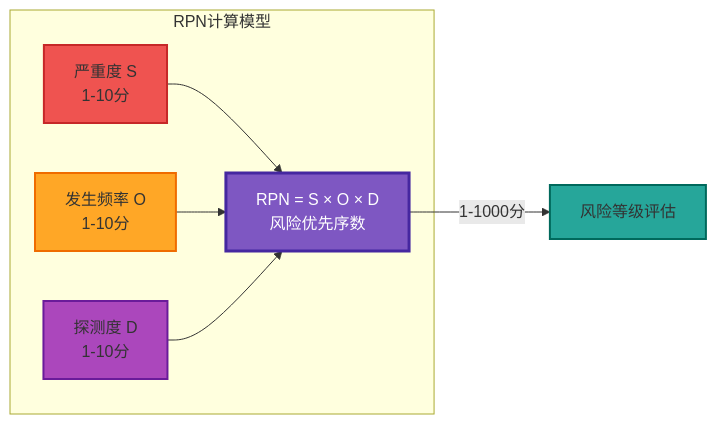
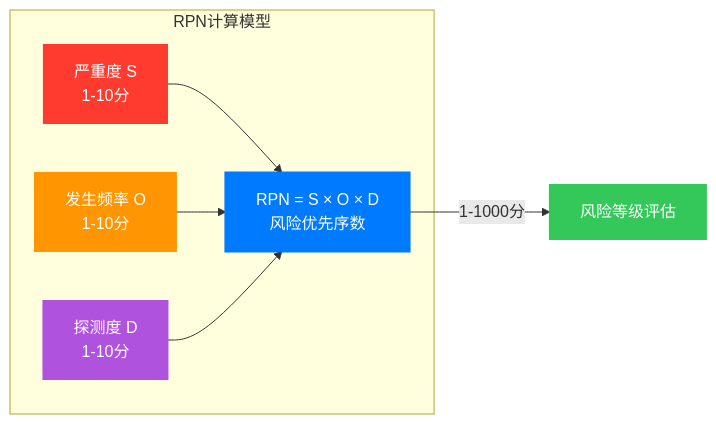
One commit to s-ai-unix/blog changed the first of 13 diagrams in content/posts/2026-01-16-automotive-risk-analysis-overview.md. Above: the diagram before and after it, drawn with Mermaid. The commit also changed other lines of this file and 9 other files, not shown here.

````diff
--- a/content/posts/2026-01-16-automotive-risk-analysis-overview.md
+++ b/content/posts/2026-01-16-automotive-risk-analysis-overview.md
@@ -72,16 +72,16 @@
 ```mermaid
 graph LR
     subgraph RPN计算模型
         S[严重度 S<br/>1-10分] --> RPN[RPN = S × O × D<br/>风险优先序数]
         O[发生频率 O<br/>1-10分] --> RPN
         D[探测度 D<br/>1-10分] --> RPN
     end
 
     RPN -->|1-1000分| RISK[风险等级评估]
 
-    style S fill:#ef5350,stroke:#c62828,stroke-width:2px
-    style O fill:#ffa726,stroke:#ef6c00,stroke-width:2px
-    style D fill:#ab47bc,stroke:#6a1b9a,stroke-width:2px
-    style RPN fill:#7e57c2,stroke:#4527a0,stroke-width:3px,color:#ffffff
-    style RISK fill:#26a69a,stroke:#00695c,stroke-width:2px
+    style S fill:#FF3B30,stroke:#FF3B30,stroke-width:2px,color:#ffffff
+    style O fill:#FF9500,stroke:#FF9500,stroke-width:2px,color:#ffffff
+    style D fill:#AF52DE,stroke:#AF52DE,stroke-width:2px,color:#ffffff
+    style RPN fill:#007AFF,stroke:#007AFF,stroke-width:3px,color:#ffffff
+    style RISK fill:#34C759,stroke:#34C759,stroke-width:2px,color:#ffffff
 ```
````
